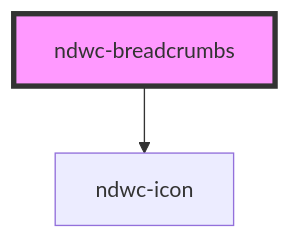
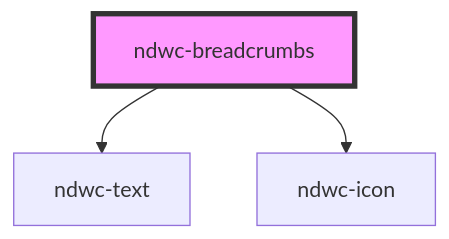
The diagram in src/components/breadcrumbs/readme.md (wes337/ndw-components), drawn with Mermaid before and after one commit. The commit also changed other lines of this file and 2 other files, not shown here.

````diff
--- a/src/components/breadcrumbs/readme.md
+++ b/src/components/breadcrumbs/readme.md
@@ -28,5 +29,6 @@
 ```mermaid
 graph TD;
+  ndwc-breadcrumbs --> ndwc-text
   ndwc-breadcrumbs --> ndwc-icon
   style ndwc-breadcrumbs fill:#f9f,stroke:#333,stroke-width:4px
 ```
````
